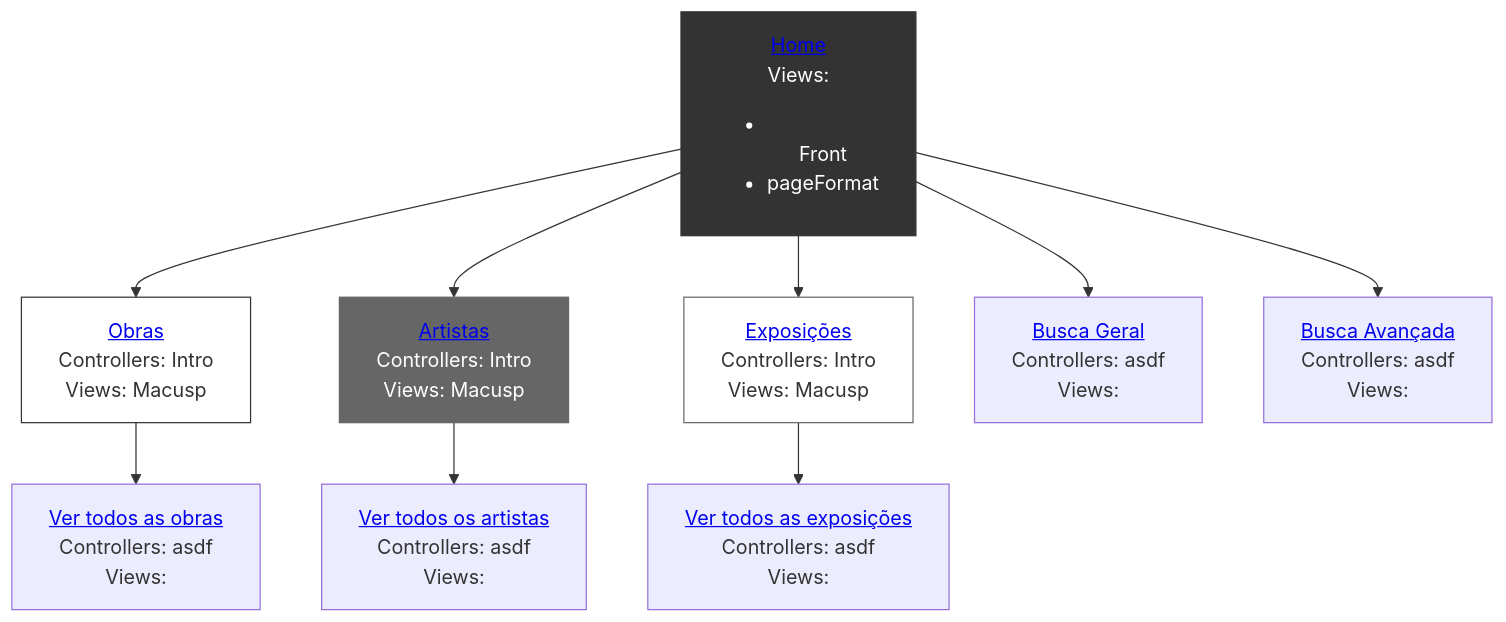
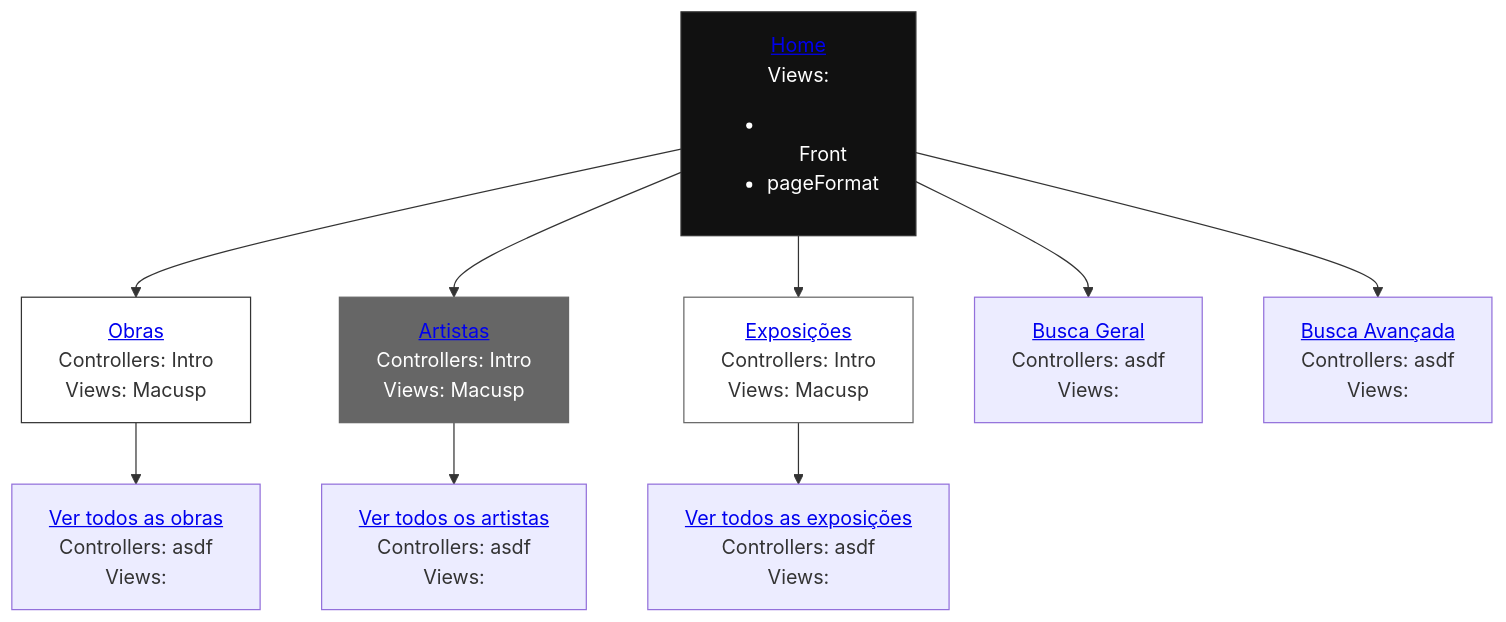
The diagram in README.md (reynaldocv/macusp), drawn with Mermaid before and after one commit.

````diff
--- a/README.md
+++ b/README.md
@@ -245,29 +245,29 @@
 ```mermaid
 graph TD
     %% Parte superior e inferior del primer puesto
     home["           <a href='http://143.107.130.173/admacervo/macusp/index.php'> Home </a> <br> Views: <br> <ul><li></li>Front<li>pageFormat</li></ul>"]
     works["          <a href='http://143.107.130.173/admacervo/macusp/index.php/Intro/works'>Obras</a>      <br> Controllers: Intro <br> Views: Macusp"]
     artists["        <a href='http://143.107.130.173/admacervo/macusp/index.php/Intro/artists'>Artistas</a>  <br> Controllers: Intro <br> Views: Macusp"]
     exhibitions["    <a href='http://143.107.130.173/admacervo/macusp/index.php/Intro/exhibitions'>Exposições</a> <br> Controllers: Intro <br> Views: Macusp"]
     search["         <a href='https://link.com'> Busca Geral </a> <br>  Controllers: asdf <br>  Views: "]
     advancedSearch[" <a href='https://link.com'> Busca Avançada</a> <br>  Controllers: </strong> asdf <br>  Views: "]
     viewWorks[" <a href='https://link.com'> Ver todos as obras</a> <br>  Controllers: </strong> asdf <br>  Views: "]
     viewArtists[" <a href='https://link.com'> Ver todos os artistas</a> <br>  Controllers: </strong> asdf <br>  Views: "]
     viewExhibitions[" <a href='https://link.com'> Ver todos as exposições</a> <br>  Controllers: </strong> asdf <br>  Views: "]
     
     %% Conexión del organigrama (une la parte inferior de uno con la superior del otro)
     home --> works
     home --> artists
     home --> exhibitions
     home --> search
     home --> advancedSearch
     works --> viewWorks
     artists --> viewArtists    
     exhibitions --> viewExhibitions
 
     %% Estilos para que parezcan una sola pieza
-    style home fill:#333,stroke:#333,color:#fff
+    style home fill:#111,stroke:#333,color:#fff
     style works fill:#fff,stroke:#333
     style artists fill:#666,stroke:#666,color:#fff
     style exhibitions fill:#fff,stroke:#666
 ```
````
